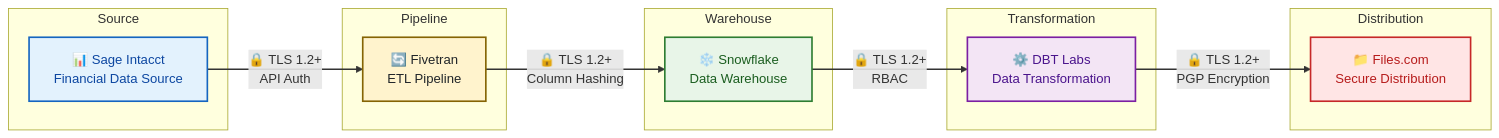
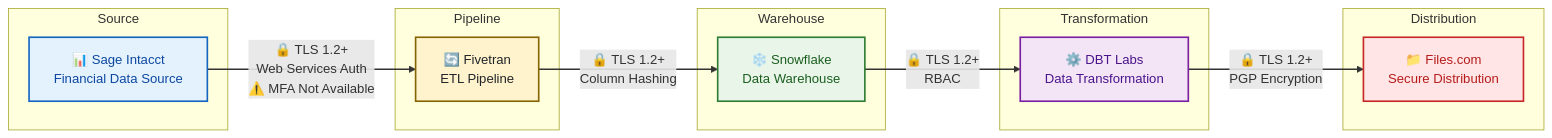
Before and after one commit to mhanyc/system_security_reqs: the diagram in implementation-guides/saas-data-pipeline-security.md, drawn with Mermaid. The commit also changed other lines of this file, not shown here.

````diff
--- a/implementation-guides/saas-data-pipeline-security.md
+++ b/implementation-guides/saas-data-pipeline-security.md
@@ -9,51 +17,51 @@
 ```mermaid
 %%{init: {'theme':'default', 'themeVariables': {'fontSize':'16px'}}}%%
 graph LR
     %% Accessibility attributes
     accTitle: "SaaS Data Pipeline Security Architecture"
     accDescr: "Five-stage data pipeline architecture for PHI data flow: Sage Intacct (Source) with API authentication and MFA, Fivetran (ETL Pipeline) with column hashing and data minimization, Snowflake (Warehouse) with RBAC and dynamic masking, DBT Labs (Transformation) with environment isolation and SSO, and Files.com (Distribution) with PGP encryption and path-scoped permissions. All connections use TLS 1.2+ encryption."
 
     subgraph "Source"
         Intacct[📊 Sage Intacct<br/>Financial Data Source]
     end
 
     subgraph "Pipeline"
         Fivetran[🔄 Fivetran<br/>ETL Pipeline]
     end
 
     subgraph "Warehouse"
         Snowflake[❄️ Snowflake<br/>Data Warehouse]
     end
 
     subgraph "Transformation"
         DBT[⚙️ DBT Labs<br/>Data Transformation]
     end
 
     subgraph "Distribution"
         Files[📁 Files.com<br/>Secure Distribution]
     end
 
-    Intacct -->|🔒 TLS 1.2+<br/>API Auth| Fivetran
+    Intacct -->|🔒 TLS 1.2+<br/>Web Services Auth<br/>⚠️ MFA Not Available| Fivetran
     Fivetran -->|🔒 TLS 1.2+<br/>Column Hashing| Snowflake
     Snowflake -->|🔒 TLS 1.2+<br/>RBAC| DBT
     DBT -->|🔒 TLS 1.2+<br/>PGP Encryption| Files
 
     %% High-contrast linkStyles for WCAG compliance
     linkStyle 0 stroke:#333333,stroke-width:2px
     linkStyle 1 stroke:#333333,stroke-width:2px
     linkStyle 2 stroke:#333333,stroke-width:2px
     linkStyle 3 stroke:#333333,stroke-width:2px
 
     %% Standardized color palette with accessibility compliance
     classDef source fill:#e3f2fd,stroke:#1565c0,stroke-width:2px,color:#0d47a1
     classDef pipeline fill:#fff3cd,stroke:#856404,stroke-width:2px,color:#212529
     classDef warehouse fill:#e8f5e8,stroke:#2e7d32,stroke-width:2px,color:#1b5e20
     classDef transform fill:#f3e5f5,stroke:#7b1fa2,stroke-width:2px,color:#4a148c
     classDef distribute fill:#ffe5e5,stroke:#c62828,stroke-width:2px,color:#b71c1c
 
     class Intacct source
     class Fivetran pipeline
     class Snowflake warehouse
     class DBT transform
     class Files distribute
 ```
````
